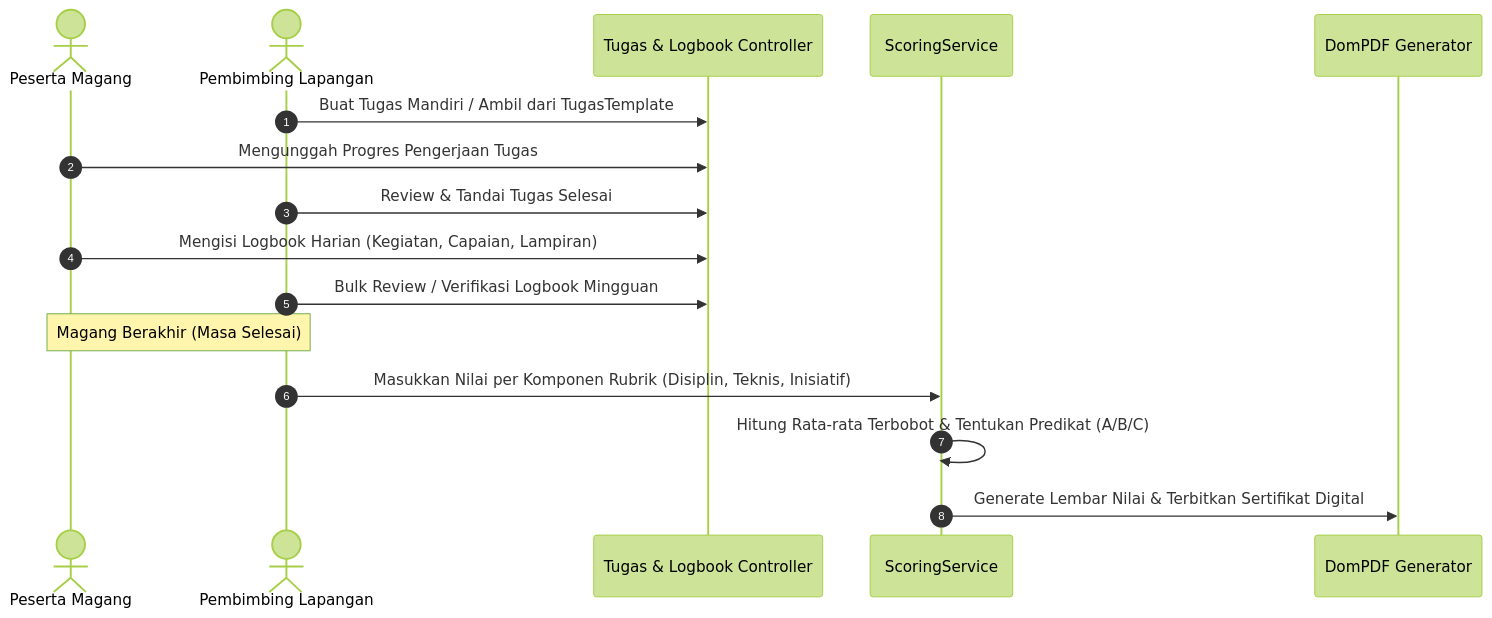
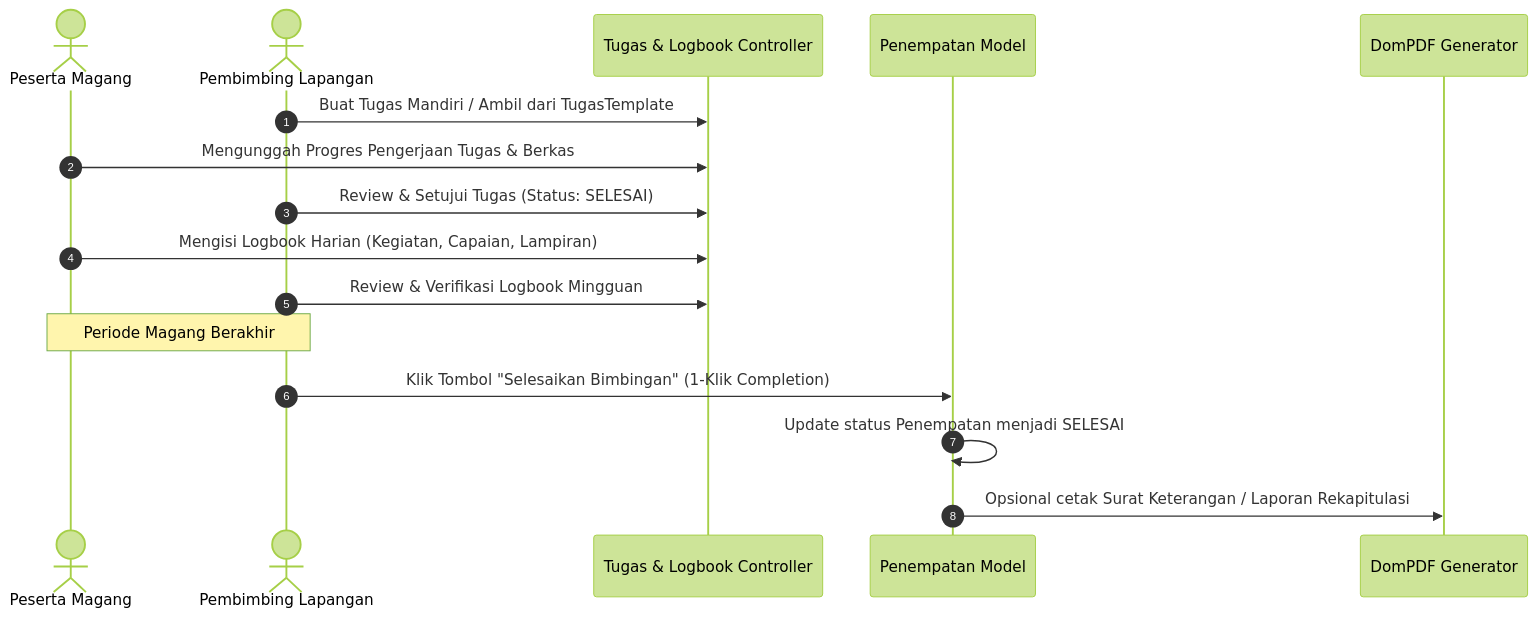
Before and after one commit to EvilAekt/MAGKOM: the second of 3 diagrams in docs/architecture/DATA-FLOW.md, drawn with Mermaid (forest theme). The commit also changed other lines of this file and 21 other files, not shown here.

````diff
--- a/docs/architecture/DATA-FLOW.md
+++ b/docs/architecture/DATA-FLOW.md
@@ -35,19 +39,19 @@
 ```mermaid
 sequenceDiagram
     autonumber
     actor M as Peserta Magang
     actor B as Pembimbing Lapangan
     participant T as Tugas & Logbook Controller
-    participant SC as ScoringService
+    participant P as Penempatan Model
     participant PDF as DomPDF Generator
 
     B->>T: Buat Tugas Mandiri / Ambil dari TugasTemplate
-    M->>T: Mengunggah Progres Pengerjaan Tugas
-    B->>T: Review & Tandai Tugas Selesai
+    M->>T: Mengunggah Progres Pengerjaan Tugas & Berkas
+    B->>T: Review & Setujui Tugas (Status: SELESAI)
     M->>T: Mengisi Logbook Harian (Kegiatan, Capaian, Lampiran)
-    B->>T: Bulk Review / Verifikasi Logbook Mingguan
-    Note over B,M: Magang Berakhir (Masa Selesai)
-    B->>SC: Masukkan Nilai per Komponen Rubrik (Disiplin, Teknis, Inisiatif)
-    SC->>SC: Hitung Rata-rata Terbobot & Tentukan Predikat (A/B/C)
-    SC->>PDF: Generate Lembar Nilai & Terbitkan Sertifikat Digital
+    B->>T: Review & Verifikasi Logbook Mingguan
+    Note over B,M: Periode Magang Berakhir
+    B->>P: Klik Tombol "Selesaikan Bimbingan" (1-Klik Completion)
+    P->>P: Update status Penempatan menjadi SELESAI
+    P->>PDF: Opsional cetak Surat Keterangan / Laporan Rekapitulasi
 ```
````
